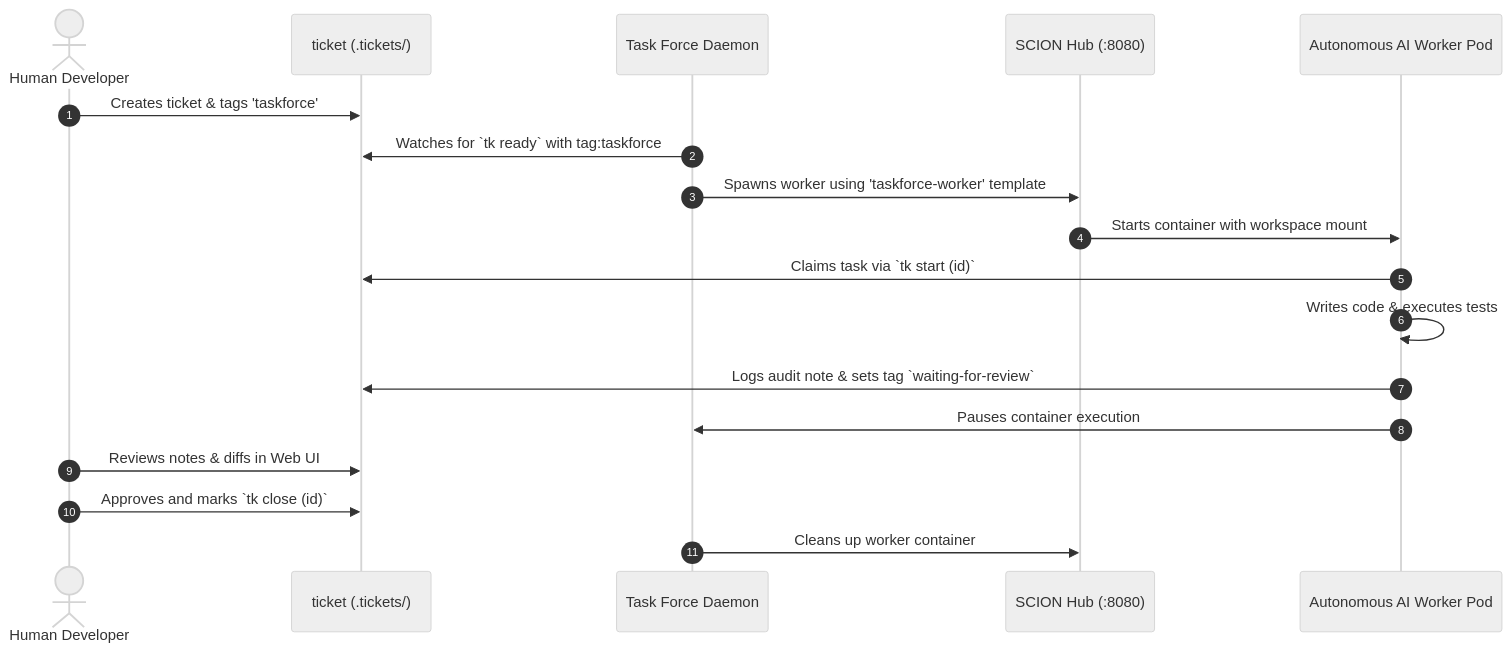
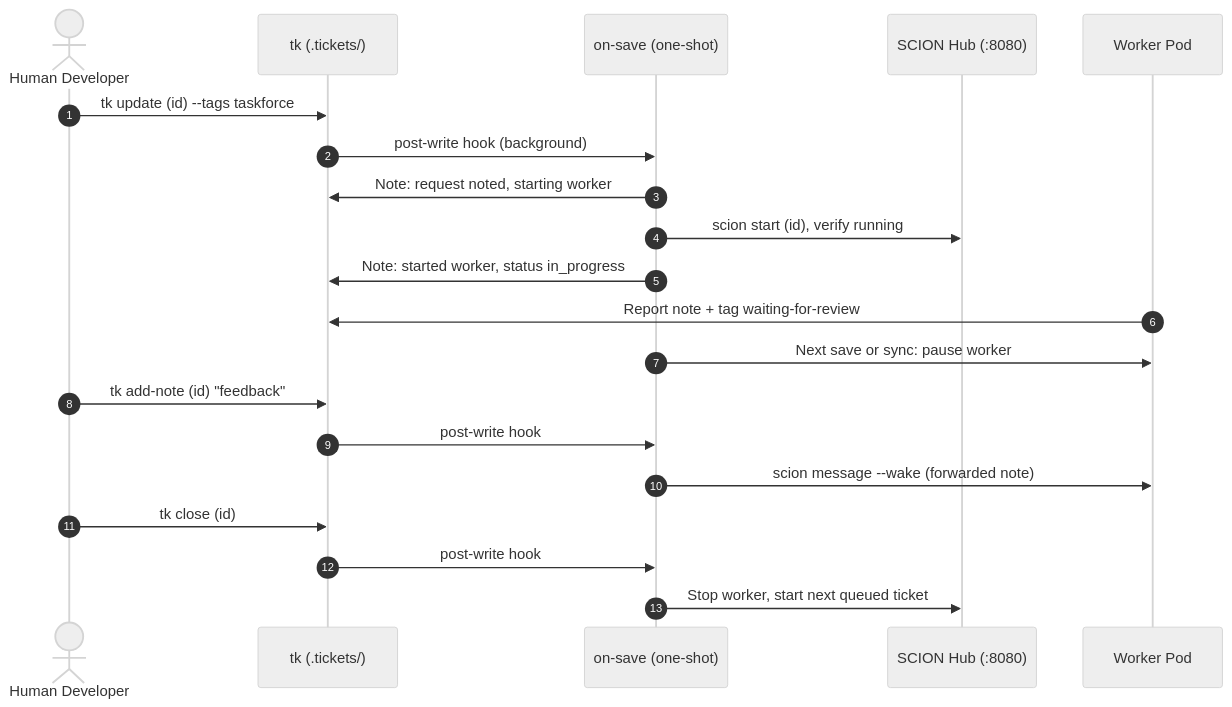
Before and after one commit to msampathkumar/ticket: the diagram in docs/plugins/scion-taskforce.md, drawn with Mermaid (neutral theme). The commit also changed other lines of this file and 19 other files, not shown here.

First line of the commit message:
feat(scion-taskforce): event-driven dispatch; remove polling daemon

````diff
--- a/docs/plugins/scion-taskforce.md
+++ b/docs/plugins/scion-taskforce.md
@@ -93,21 +95,23 @@
 ```mermaid
 sequenceDiagram
     autonumber
     actor Dev as Human Developer
-    participant TK as ticket (.tickets/)
-    participant TF as Task Force Daemon
+    participant TK as tk (.tickets/)
+    participant Hook as on-save (one-shot)
     participant Hub as SCION Hub (:8080)
-    participant Worker as Autonomous AI Worker Pod
+    participant Worker as Worker Pod
 
-    Dev->>TK: Creates ticket & tags 'taskforce'
-    TF->>TK: Watches for `tk ready` with tag:taskforce
-    TF->>Hub: Spawns worker using 'taskforce-worker' template
-    Hub->>Worker: Starts container with workspace mount
-    Worker->>TK: Claims task via `tk start (id)`
-    Worker->>Worker: Writes code & executes tests
-    Worker->>TK: Logs audit note & sets tag `waiting-for-review`
-    Worker->>TF: Pauses container execution
-    Dev->>TK: Reviews notes & diffs in Web UI
-    Dev->>TK: Approves and marks `tk close (id)`
-    TF->>Hub: Cleans up worker container
+    Dev->>TK: tk update (id) --tags taskforce
+    TK->>Hook: post-write hook (background)
+    Hook->>TK: Note: request noted, starting worker
+    Hook->>Hub: scion start (id), verify running
+    Hook->>TK: Note: started worker, status in_progress
+    Worker->>TK: Report note + tag waiting-for-review
+    Hook->>Worker: Next save or sync: pause worker
+    Dev->>TK: tk add-note (id) "feedback"
+    TK->>Hook: post-write hook
+    Hook->>Worker: scion message --wake (forwarded note)
+    Dev->>TK: tk close (id)
+    TK->>Hook: post-write hook
+    Hook->>Hub: Stop worker, start next queued ticket
 ```
````
